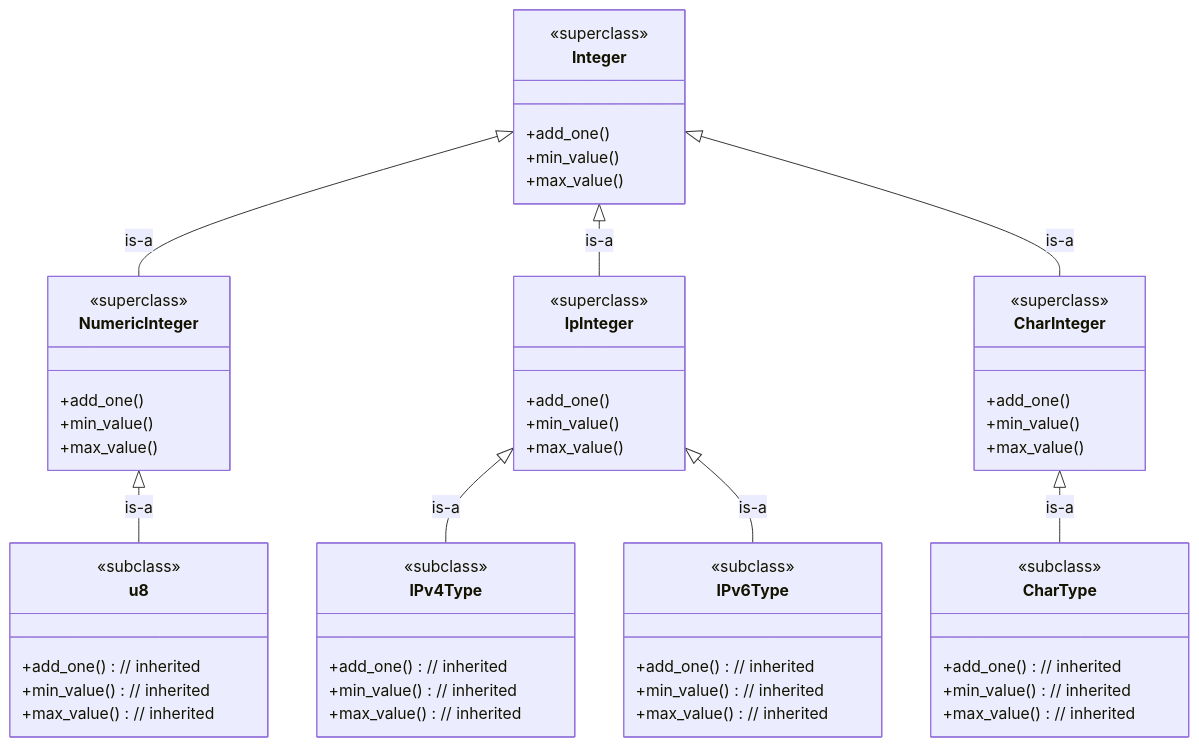
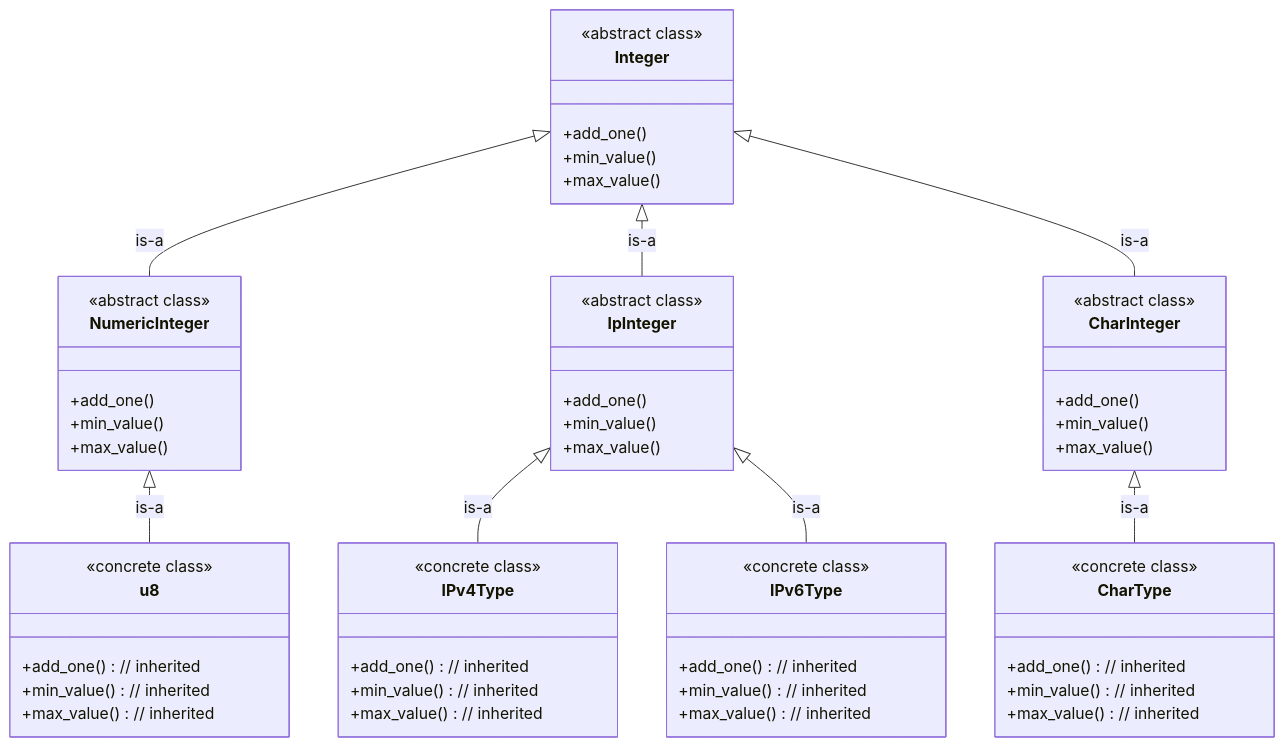
The diagram in examples/7_puzzle.md (CarlKCarlK/inherit), drawn with Mermaid before and after one commit. The commit also changed 8 other files, not shown here.

````diff
--- a/examples/7_puzzle.md
+++ b/examples/7_puzzle.md
@@ -8,69 +8,69 @@
 ```mermaid
 classDiagram
     direction TB
 
     class Integer {
-        <<superclass>>
+        <<abstract class>>
         +add_one()
         +min_value()
         +max_value()
     }
 
     class NumericInteger {
-        <<superclass>>
+        <<abstract class>>
         +add_one()
         +min_value()
         +max_value()
     }
 
     class IpInteger {
-        <<superclass>>
+        <<abstract class>>
         +add_one()
         +min_value()
         +max_value()
     }
 
     class CharInteger {
-        <<superclass>>
+        <<abstract class>>
         +add_one()
         +min_value()
         +max_value()
     }
 
     class u8 {
-        <<subclass>>
+        <<concrete class>>
         +add_one() // inherited
         +min_value() // inherited
         +max_value() // inherited
     }
 
     class IPv4Type {
-        <<subclass>>
+        <<concrete class>>
         +add_one() // inherited
         +min_value() // inherited
         +max_value() // inherited
     }
 
     class IPv6Type {
-        <<subclass>>
+        <<concrete class>>
         +add_one() // inherited
         +min_value() // inherited
         +max_value() // inherited
     }
 
     class CharType {
-        <<subclass>>
+        <<concrete class>>
         +add_one() // inherited
         +min_value() // inherited
         +max_value() // inherited
     }
 
     Integer <|-- NumericInteger : is-a
     Integer <|-- IpInteger : is-a
     Integer <|-- CharInteger : is-a
 
     NumericInteger <|-- u8 : is-a
     IpInteger <|-- IPv4Type : is-a
     IpInteger <|-- IPv6Type : is-a
     CharInteger <|-- CharType : is-a
 ```
````
